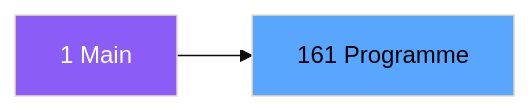
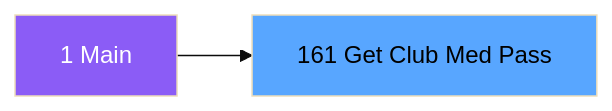
The second of 3 diagrams in .openspec/specs/ADH-IDE-161.md (thonyAGP/magic-migration), drawn with Mermaid (base theme) before and after one commit. The commit also changed other lines of this file and 323 other files, not shown here.

````diff
--- a/.openspec/specs/ADH-IDE-161.md
+++ b/.openspec/specs/ADH-IDE-161.md
@@ -98,8 +109,8 @@
 ```mermaid
 graph LR
     M[1 Main]
-    T[161 Programme]
+    T[161 Get Club Med Pass]
     M --> T
     style M fill:#8b5cf6,color:#fff
     style T fill:#58a6ff,color:#000
 ```
````
